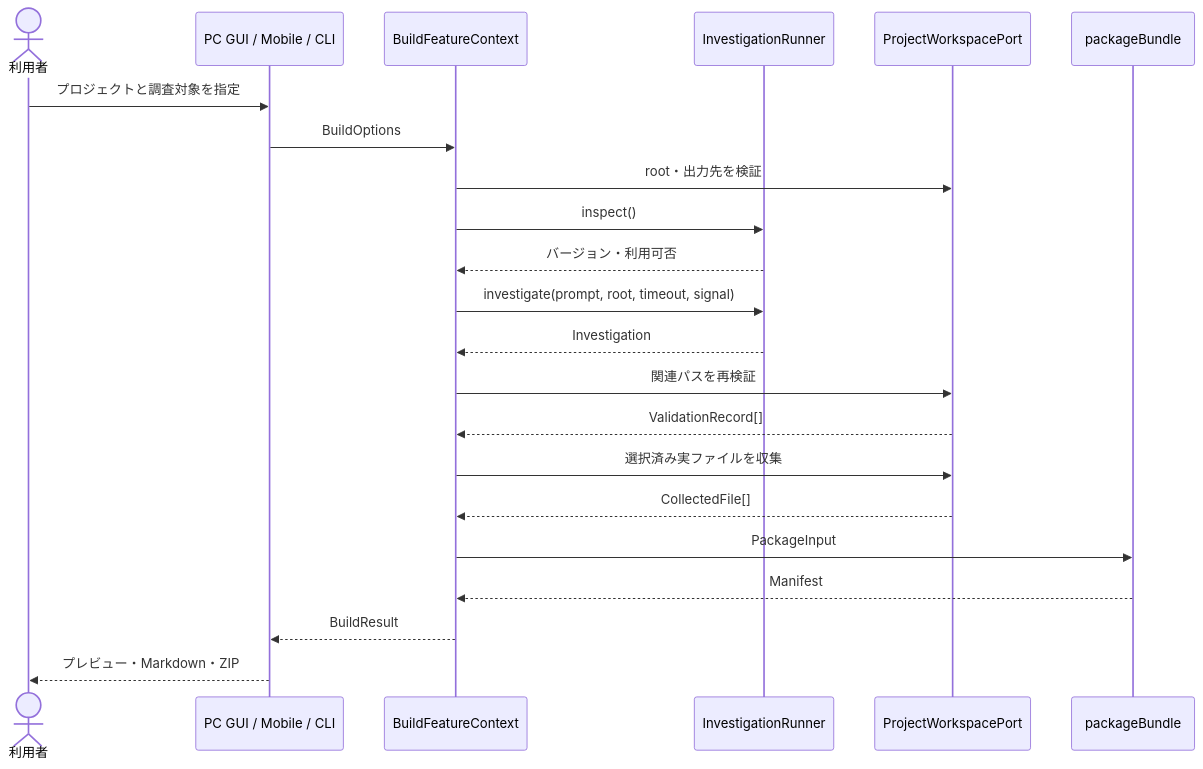
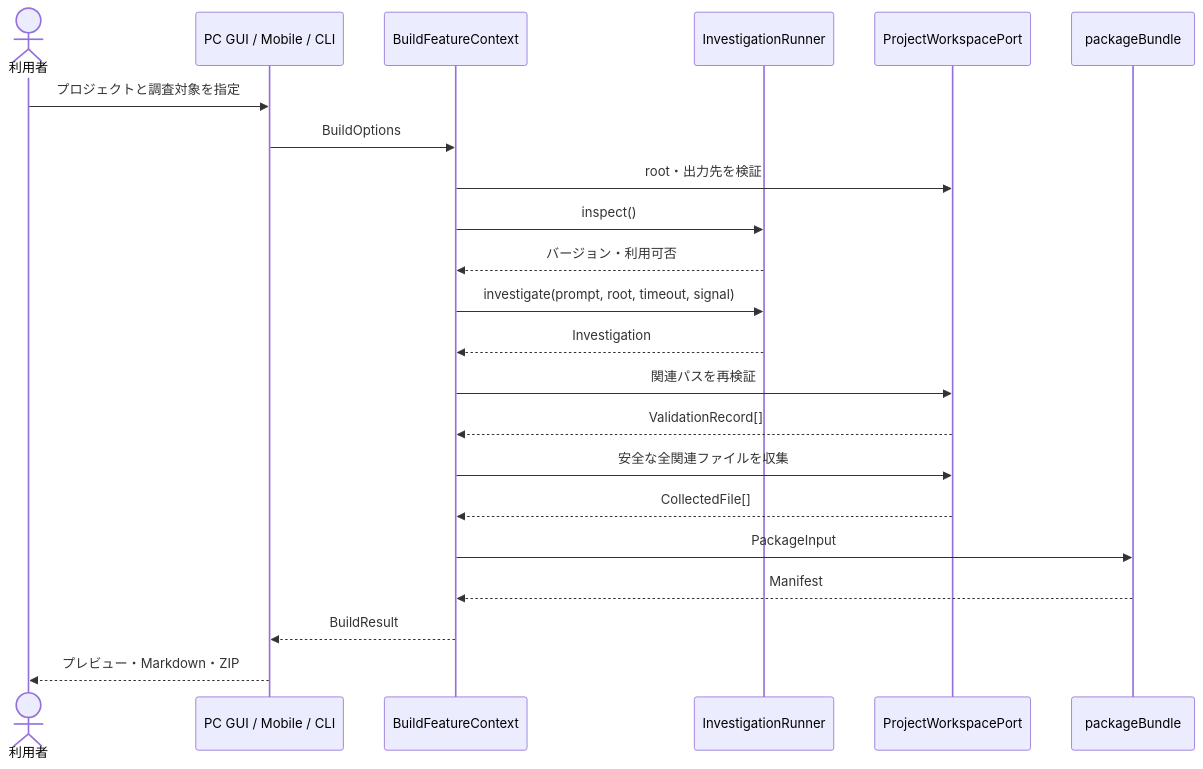
Before and after one commit to matsutanishimpei/make-summary: the seventh of 11 diagrams in docs/architecture.md, drawn with Mermaid. The commit also changed other lines of this file and 29 other files, not shown here.

````diff
--- a/docs/architecture.md
+++ b/docs/architecture.md
@@ -248,25 +248,25 @@
 ```mermaid
 sequenceDiagram
     actor User as 利用者
     participant UI as PC GUI / Mobile / CLI
     participant UseCase as BuildFeatureContext
     participant Runner as InvestigationRunner
     participant Workspace as ProjectWorkspacePort
     participant Bundle as packageBundle
 
     User->>UI: プロジェクトと調査対象を指定
     UI->>UseCase: BuildOptions
     UseCase->>Workspace: root・出力先を検証
     UseCase->>Runner: inspect()
     Runner-->>UseCase: バージョン・利用可否
     UseCase->>Runner: investigate(prompt, root, timeout, signal)
     Runner-->>UseCase: Investigation
     UseCase->>Workspace: 関連パスを再検証
     Workspace-->>UseCase: ValidationRecord[]
-    UseCase->>Workspace: 選択済み実ファイルを収集
+    UseCase->>Workspace: 安全な全関連ファイルを収集
     Workspace-->>UseCase: CollectedFile[]
     UseCase->>Bundle: PackageInput
     Bundle-->>UseCase: Manifest
     UseCase-->>UI: BuildResult
     UI-->>User: プレビュー・Markdown・ZIP
 ```
````
